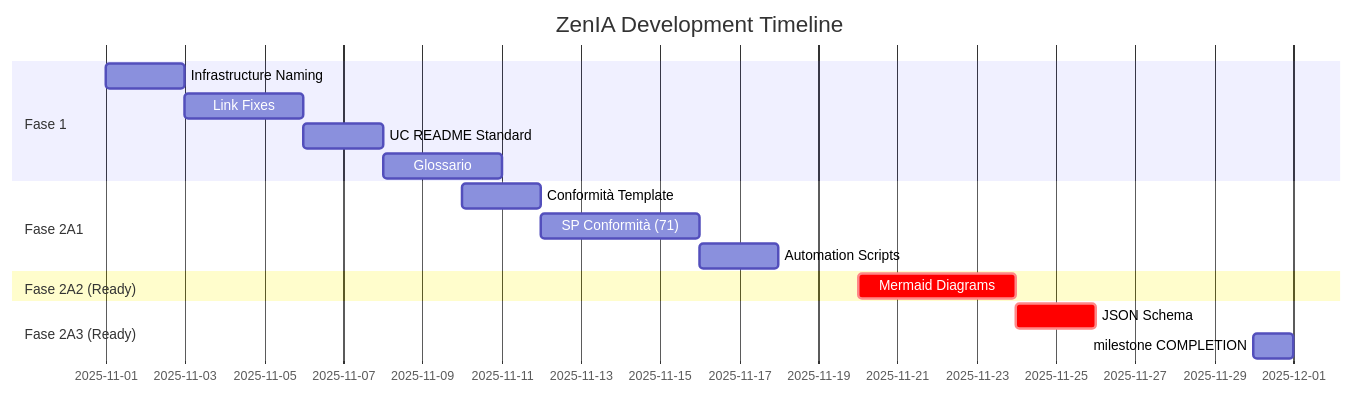
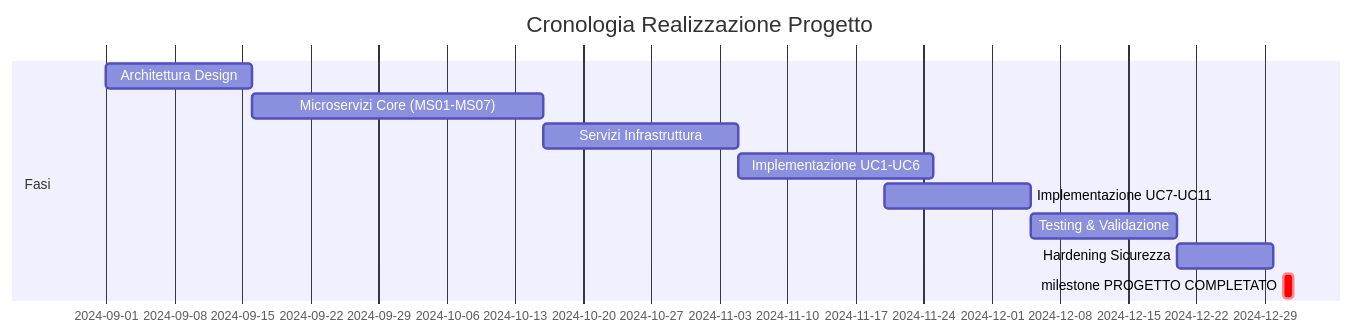
One commit to gianlucaciarcelluti/Interzen.ZenIA changed the fourth of 4 diagrams in docs/PROGETTO-ZENIA.md. Above: the diagram before and after it, drawn with Mermaid. The commit also changed other lines of this file, not shown here.

````diff
--- a/docs/PROGETTO-ZENIA.md
+++ b/docs/PROGETTO-ZENIA.md
@@ -961,24 +741,16 @@
 ```mermaid
 gantt
-    title ZenIA Development Timeline
+    title Cronologia Realizzazione Progetto
     dateFormat YYYY-MM-DD
 
-    section Fase 1
-    Infrastructure Naming       :p1a, 2025-11-01, 2d
-    Link Fixes                  :p1b, 2025-11-03, 3d
-    UC README Standard          :p1c, 2025-11-06, 2d
-    Glossario                   :p1d, 2025-11-08, 3d
+    section Fasi
+    Architettura Design           :arch, 2024-09-01, 15d
+    Microservizi Core (MS01-MS07) :ms1, 2024-09-16, 30d
+    Servizi Infrastruttura        :ms2, 2024-10-16, 20d
+    Implementazione UC1-UC6       :uc1, 2024-11-05, 20d
+    Implementazione UC7-UC11      :uc2, 2024-11-20, 15d
+    Testing & Validazione         :test, 2024-12-05, 15d
+    Hardening Sicurezza           :sec, 2024-12-20, 10d
 
-    section Fase 2A1
-    Conformità Template         :p2a, 2025-11-10, 2d
-    SP Conformità (71)         :p2b, 2025-11-12, 4d
-    Automation Scripts         :p2c, 2025-11-16, 2d
-
-    section Fase 2A2 (Ready)
-    Mermaid Diagrams           :crit, p2d, 2025-11-20, 4d
-
-    section Fase 2A3 (Ready)
-    JSON Schema                :crit, p2e, 2025-11-24, 2d
-
-    milestone COMPLETION       : m1, 2025-11-30, 1d
+    milestone PROGETTO COMPLETATO :crit, m1, 2024-12-31, 1d
 ```
````
